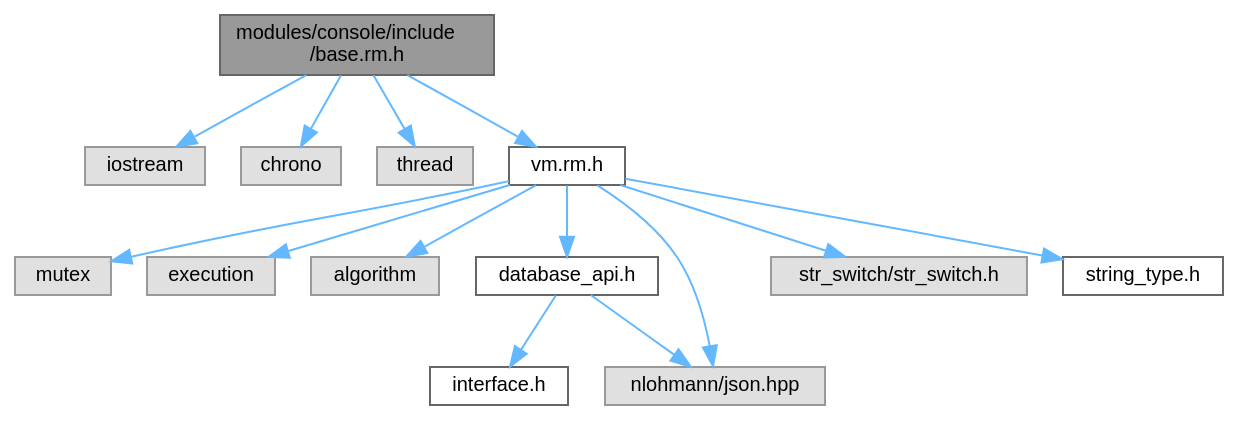
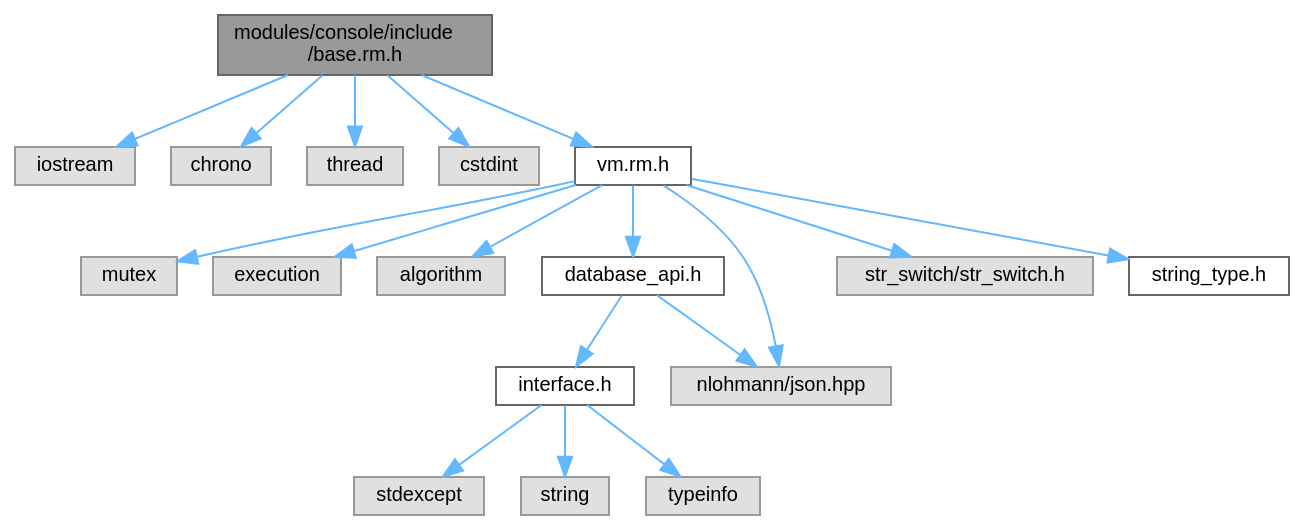
The diagram in base_8rm_8h__incl.dot (netkeep80/jsonRVM), drawn with Graphviz before and after one commit. The commit also changed 169 other files, not shown here.

```diff
--- a/base_8rm_8h__incl.dot
+++ b/base_8rm_8h__incl.dot
@@ -1,33 +1,41 @@
 digraph "modules/console/include/base.rm.h"
 {
  // LATEX_PDF_SIZE
   bgcolor="transparent";
   edge [fontname=Helvetica,fontsize=10,labelfontname=Helvetica,labelfontsize=10];
   node [fontname=Helvetica,fontsize=10,shape=box,height=0.2,width=0.4];
   Node1 [id="Node000001",label="modules/console/include\l/base.rm.h",height=0.2,width=0.4,color="gray40", fillcolor="grey60", style="filled", fontcolor="black",tooltip=" "];
   Node1 -> Node2 [id="edge1_Node000001_Node000002",color="steelblue1",style="solid",tooltip=" "];
   Node2 [id="Node000002",label="iostream",height=0.2,width=0.4,color="grey60", fillcolor="#E0E0E0", style="filled",tooltip=" "];
   Node1 -> Node3 [id="edge2_Node000001_Node000003",color="steelblue1",style="solid",tooltip=" "];
   Node3 [id="Node000003",label="chrono",height=0.2,width=0.4,color="grey60", fillcolor="#E0E0E0", style="filled",tooltip=" "];
   Node1 -> Node4 [id="edge3_Node000001_Node000004",color="steelblue1",style="solid",tooltip=" "];
   Node4 [id="Node000004",label="thread",height=0.2,width=0.4,color="grey60", fillcolor="#E0E0E0", style="filled",tooltip=" "];
   Node1 -> Node5 [id="edge4_Node000001_Node000005",color="steelblue1",style="solid",tooltip=" "];
-  Node5 [id="Node000005",label="vm.rm.h",height=0.2,width=0.4,color="grey40", fillcolor="white", style="filled",URL="$vm_8rm_8h.html",tooltip=" "];
-  Node5 -> Node6 [id="edge5_Node000005_Node000006",color="steelblue1",style="solid",tooltip=" "];
-  Node6 [id="Node000006",label="mutex",height=0.2,width=0.4,color="grey60", fillcolor="#E0E0E0", style="filled",tooltip=" "];
-  Node5 -> Node7 [id="edge6_Node000005_Node000007",color="steelblue1",style="solid",tooltip=" "];
-  Node7 [id="Node000007",label="execution",height=0.2,width=0.4,color="grey60", fillcolor="#E0E0E0", style="filled",tooltip=" "];
-  Node5 -> Node8 [id="edge7_Node000005_Node000008",color="steelblue1",style="solid",tooltip=" "];
-  Node8 [id="Node000008",label="algorithm",height=0.2,width=0.4,color="grey60", fillcolor="#E0E0E0", style="filled",tooltip=" "];
-  Node5 -> Node9 [id="edge8_Node000005_Node000009",color="steelblue1",style="solid",tooltip=" "];
-  Node9 [id="Node000009",label="database_api.h",height=0.2,width=0.4,color="grey40", fillcolor="white", style="filled",URL="$database__api_8h.html",tooltip=" "];
-  Node9 -> Node10 [id="edge9_Node000009_Node000010",color="steelblue1",style="solid",tooltip=" "];
-  Node10 [id="Node000010",label="interface.h",height=0.2,width=0.4,color="grey40", fillcolor="white", style="filled",URL="$interface_8h.html",tooltip=" "];
-  Node9 -> Node11 [id="edge10_Node000009_Node000011",color="steelblue1",style="solid",tooltip=" "];
-  Node11 [id="Node000011",label="nlohmann/json.hpp",height=0.2,width=0.4,color="grey60", fillcolor="#E0E0E0", style="filled",tooltip=" "];
-  Node5 -> Node11 [id="edge11_Node000005_Node000011",color="steelblue1",style="solid",tooltip=" "];
-  Node5 -> Node12 [id="edge12_Node000005_Node000012",color="steelblue1",style="solid",tooltip=" "];
-  Node12 [id="Node000012",label="str_switch/str_switch.h",height=0.2,width=0.4,color="grey60", fillcolor="#E0E0E0", style="filled",tooltip=" "];
-  Node5 -> Node13 [id="edge13_Node000005_Node000013",color="steelblue1",style="solid",tooltip=" "];
-  Node13 [id="Node000013",label="string_type.h",height=0.2,width=0.4,color="grey40", fillcolor="white", style="filled",URL="$string__type_8h.html",tooltip=" "];
+  Node5 [id="Node000005",label="cstdint",height=0.2,width=0.4,color="grey60", fillcolor="#E0E0E0", style="filled",tooltip=" "];
+  Node1 -> Node6 [id="edge5_Node000001_Node000006",color="steelblue1",style="solid",tooltip=" "];
+  Node6 [id="Node000006",label="vm.rm.h",height=0.2,width=0.4,color="grey40", fillcolor="white", style="filled",URL="$vm_8rm_8h.html",tooltip=" "];
+  Node6 -> Node7 [id="edge6_Node000006_Node000007",color="steelblue1",style="solid",tooltip=" "];
+  Node7 [id="Node000007",label="mutex",height=0.2,width=0.4,color="grey60", fillcolor="#E0E0E0", style="filled",tooltip=" "];
+  Node6 -> Node8 [id="edge7_Node000006_Node000008",color="steelblue1",style="solid",tooltip=" "];
+  Node8 [id="Node000008",label="execution",height=0.2,width=0.4,color="grey60", fillcolor="#E0E0E0", style="filled",tooltip=" "];
+  Node6 -> Node9 [id="edge8_Node000006_Node000009",color="steelblue1",style="solid",tooltip=" "];
+  Node9 [id="Node000009",label="algorithm",height=0.2,width=0.4,color="grey60", fillcolor="#E0E0E0", style="filled",tooltip=" "];
+  Node6 -> Node10 [id="edge9_Node000006_Node000010",color="steelblue1",style="solid",tooltip=" "];
+  Node10 [id="Node000010",label="database_api.h",height=0.2,width=0.4,color="grey40", fillcolor="white", style="filled",URL="$database__api_8h.html",tooltip=" "];
+  Node10 -> Node11 [id="edge10_Node000010_Node000011",color="steelblue1",style="solid",tooltip=" "];
+  Node11 [id="Node000011",label="interface.h",height=0.2,width=0.4,color="grey40", fillcolor="white", style="filled",URL="$interface_8h.html",tooltip=" "];
+  Node11 -> Node12 [id="edge11_Node000011_Node000012",color="steelblue1",style="solid",tooltip=" "];
+  Node12 [id="Node000012",label="stdexcept",height=0.2,width=0.4,color="grey60", fillcolor="#E0E0E0", style="filled",tooltip=" "];
+  Node11 -> Node13 [id="edge12_Node000011_Node000013",color="steelblue1",style="solid",tooltip=" "];
+  Node13 [id="Node000013",label="string",height=0.2,width=0.4,color="grey60", fillcolor="#E0E0E0", style="filled",tooltip=" "];
+  Node11 -> Node14 [id="edge13_Node000011_Node000014",color="steelblue1",style="solid",tooltip=" "];
+  Node14 [id="Node000014",label="typeinfo",height=0.2,width=0.4,color="grey60", fillcolor="#E0E0E0", style="filled",tooltip=" "];
+  Node10 -> Node15 [id="edge14_Node000010_Node000015",color="steelblue1",style="solid",tooltip=" "];
+  Node15 [id="Node000015",label="nlohmann/json.hpp",height=0.2,width=0.4,color="grey60", fillcolor="#E0E0E0", style="filled",tooltip=" "];
+  Node6 -> Node15 [id="edge15_Node000006_Node000015",color="steelblue1",style="solid",tooltip=" "];
+  Node6 -> Node16 [id="edge16_Node000006_Node000016",color="steelblue1",style="solid",tooltip=" "];
+  Node16 [id="Node000016",label="str_switch/str_switch.h",height=0.2,width=0.4,color="grey60", fillcolor="#E0E0E0", style="filled",tooltip=" "];
+  Node6 -> Node17 [id="edge17_Node000006_Node000017",color="steelblue1",style="solid",tooltip=" "];
+  Node17 [id="Node000017",label="string_type.h",height=0.2,width=0.4,color="grey40", fillcolor="white", style="filled",URL="$string__type_8h.html",tooltip=" "];
 }
```
